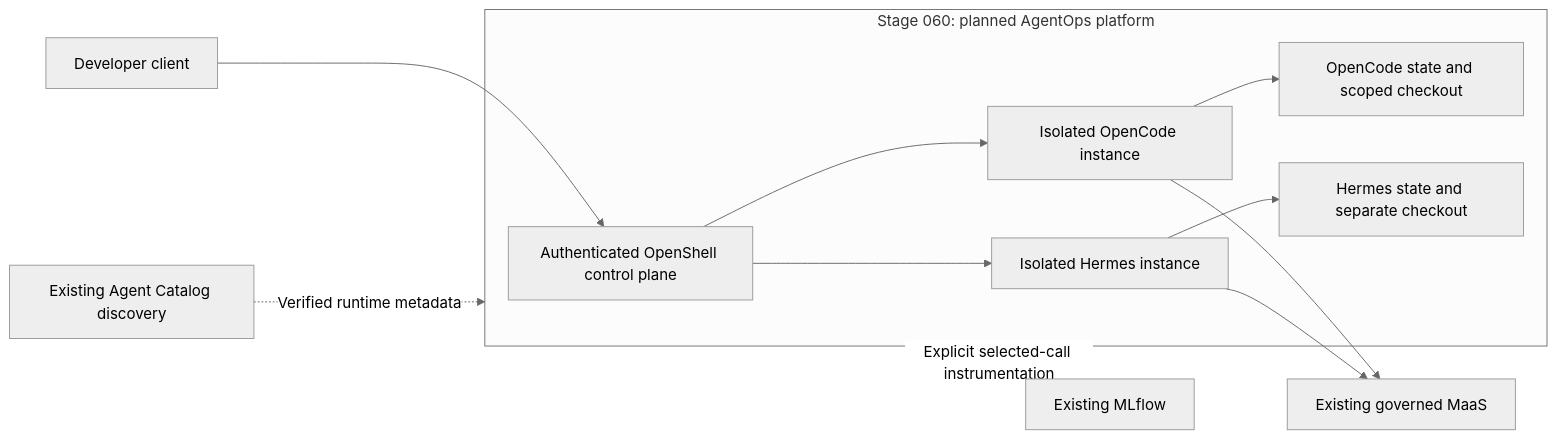
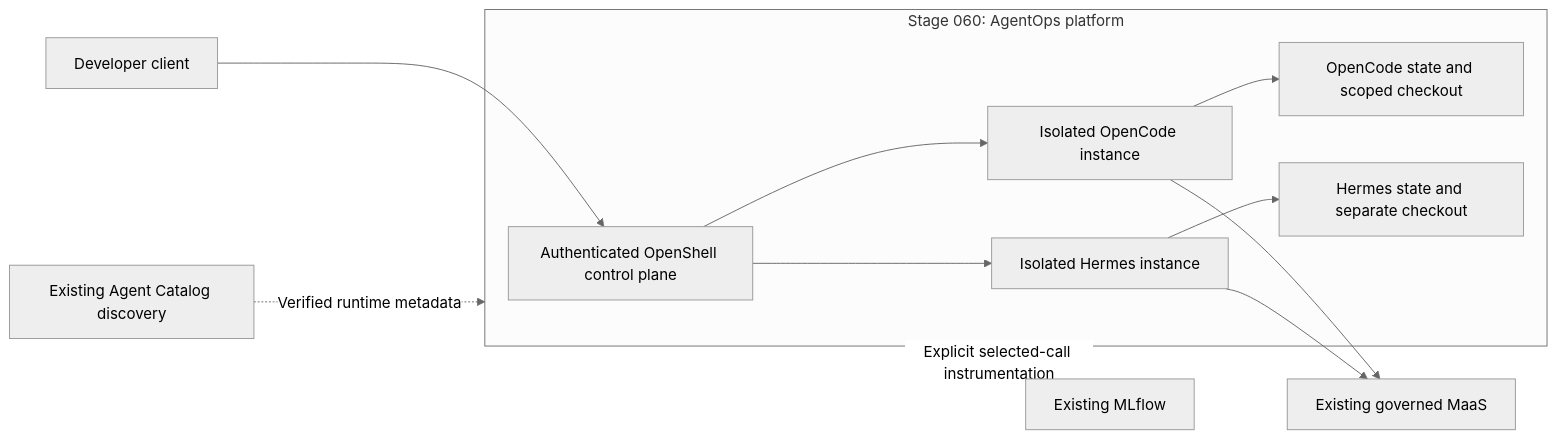
One commit to adnan-drina/rhoai3-coding-demo changed the diagram in stages/060-agent-runtime-and-agentops/README.md. Above: the diagram before and after it, drawn with Mermaid (neutral theme). The commit also changed other lines of this file and 85 other files, not shown here.

````diff
--- a/stages/060-agent-runtime-and-agentops/README.md
+++ b/stages/060-agent-runtime-and-agentops/README.md
@@ -11,14 +11,14 @@
 ```mermaid
 flowchart LR
-    subgraph Runtime["Stage 060: planned AgentOps platform"]
+    subgraph Runtime["Stage 060: AgentOps platform"]
         Control[Authenticated OpenShell control plane] --> OpenCode[Isolated OpenCode instance]
         Control --> Hermes[Isolated Hermes instance]
         OpenCode --> OpenCodeState[OpenCode state and scoped checkout]
         Hermes --> HermesState[Hermes state and separate checkout]
     end
     Client[Developer client] --> Control
     OpenCode --> MaaS[Existing governed MaaS]
     Hermes --> MaaS
     Runtime -. Explicit selected-call instrumentation .-> MLflow[Existing MLflow]
     Catalog[Existing Agent Catalog discovery] -. Verified runtime metadata .-> Runtime
 ```
````
